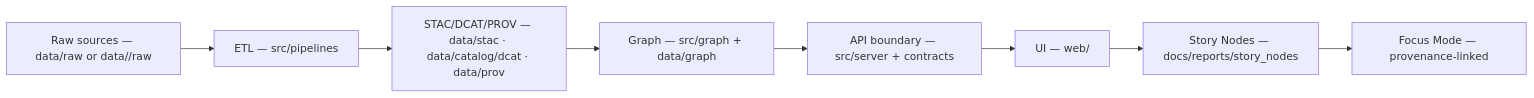
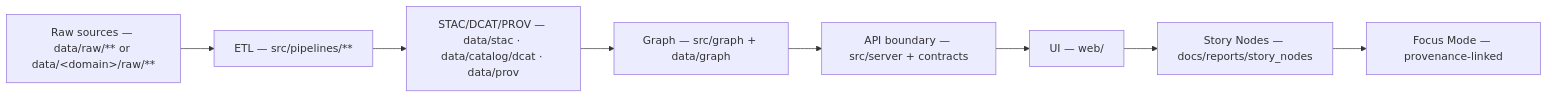
The first of 2 diagrams in README.md (bartytime4life/Kansas-Frontier-Matrix), drawn with Mermaid before and after one commit. The commit also changed other lines of this file, not shown here.

```diff
--- a/README.md
+++ b/README.md
@@ -294,10 +251,10 @@
 ~~~mermaid
 flowchart LR
-  R["Raw sources — data/raw or data/<domain>/raw"] --> A["ETL — src/pipelines"]
+  R["Raw sources — data/raw/** or data/&lt;domain&gt;/raw/**"] --> A["ETL — src/pipelines/**"]
   A --> B["STAC/DCAT/PROV — data/stac · data/catalog/dcat · data/prov"]
   B --> C["Graph — src/graph + data/graph"]
   C --> D["API boundary — src/server + contracts"]
   D --> E["UI — web/"]
   E --> F["Story Nodes — docs/reports/story_nodes"]
   F --> G["Focus Mode — provenance-linked"]
 ~~~
```
